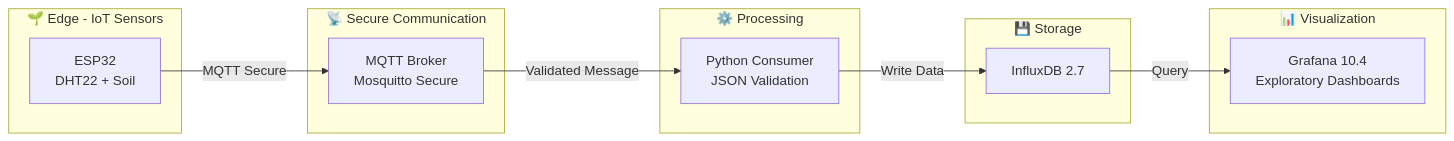
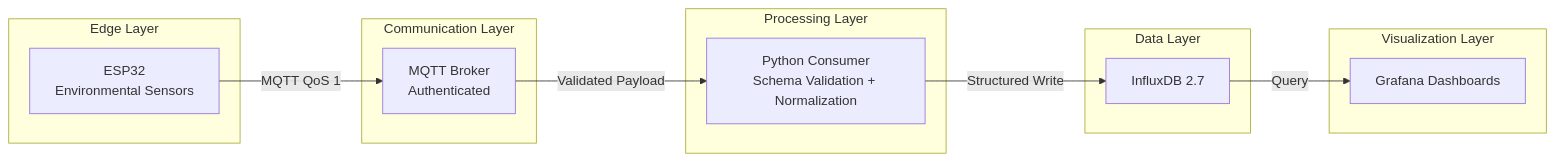
The diagram in README_en.md (GustavoFelipe85/smart-farm-iot-system), drawn with Mermaid before and after one commit. The commit also changed other lines of this file, not shown here.

````diff
--- a/README_en.md
+++ b/README_en.md
@@ -72,27 +48,27 @@
 ```mermaid
 flowchart LR
-  subgraph EDGE[🌱 Edge - IoT Sensors]
-    ESP[ESP32<br/>DHT22 + Soil]
+  subgraph EDGE[Edge Layer]
+    ESP[ESP32<br/>Environmental Sensors]
   end
 
-  subgraph COMM[📡 Secure Communication]
-    MQ[MQTT Broker<br/>Mosquitto Secure]
+  subgraph COMM[Communication Layer]
+    MQ[MQTT Broker<br/>Authenticated]
   end
 
-  subgraph PROC[⚙️ Processing]
-    PY[Python Consumer<br/>JSON Validation]
+  subgraph PROC[Processing Layer]
+    PY[Python Consumer<br/>Schema Validation + Normalization]
   end
 
-  subgraph DB[💾 Storage]
+  subgraph DATA[Data Layer]
     INF[InfluxDB 2.7]
   end
 
-  subgraph VIS[📊 Visualization]
-    GF[Grafana 10.4<br/>Exploratory Dashboards]
+  subgraph VIS[Visualization Layer]
+    GF[Grafana Dashboards]
   end
 
-  ESP -->|MQTT Secure| MQ
-  MQ -->|Validated Message| PY
-  PY -->|Write Data| INF
+  ESP -->|MQTT QoS 1| MQ
+  MQ -->|Validated Payload| PY
+  PY -->|Structured Write| INF
   INF -->|Query| GF
 ```
````
